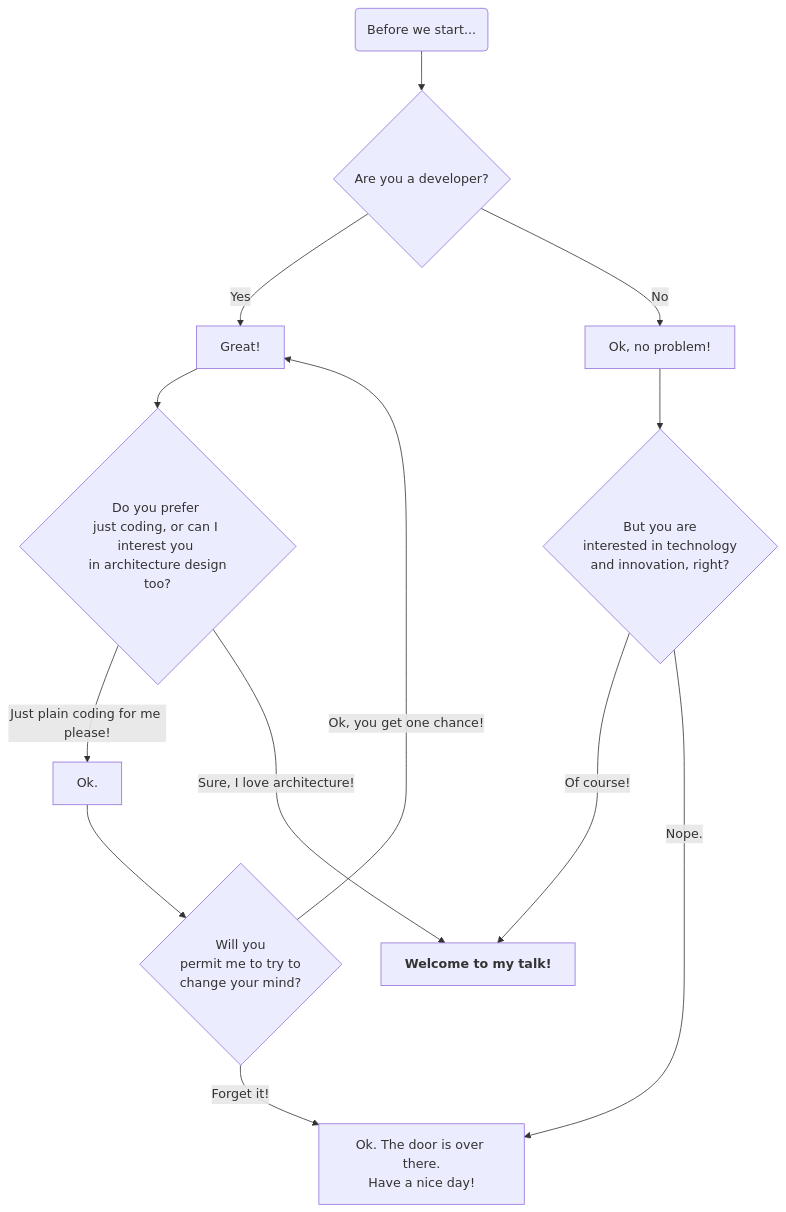
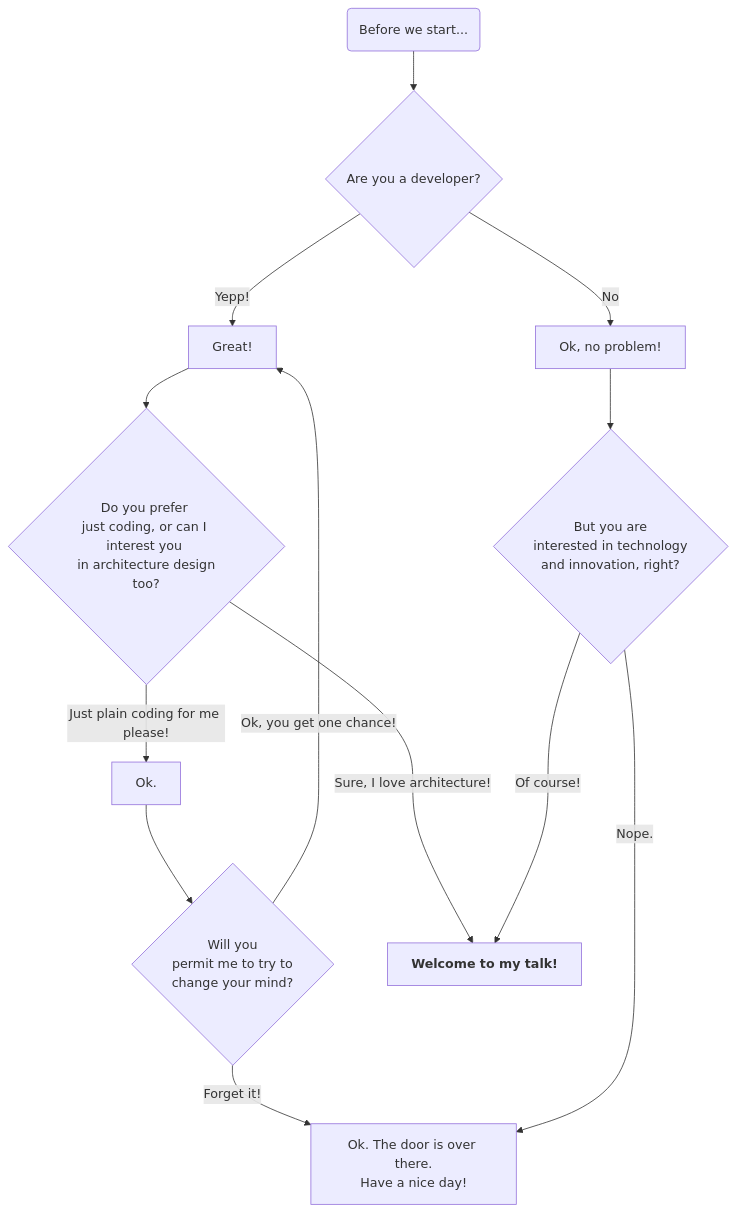
One commit to Kjartanl/mermaid changed the diagram in diagrams/01-flow.md. Above: the diagram before and after it, drawn with Mermaid. The commit also changed 10 other files, not shown here.

`````diff
--- a/diagrams/01-flow.md
+++ b/diagrams/01-flow.md
@@ -4,23 +4,25 @@
 ````mermaid 
 flowchart TD
 
-    Start(Before we start...) --> IsDev{Are you a developer?}
-    IsDev -->|Yes| Great[Great!]
+    Beginning(Before we start...) --> IsDev{Are you a developer?}
 
-    Great --> IsArch{Do you prefer <br>just coding, or can I interest you <br> in architecture design too?}
+    IsDev -->|Yepp!| Great[Great!]
 
     IsDev --> |No| IsDevFalse[Ok, no problem!]
 
-    IsArch --> |Just plain coding for me please!| IsArchFalse[Ok.]
-    IsArch --> |Sure, I love architecture!| Welcome
+    Great --> LikesArchitecture{Do you prefer <br>just coding, or can I interest you <br> in architecture design too?}
+
+    LikesArchitecture --> |Just plain coding for me please!| IsArchFalse[Ok.]
 
     IsArchFalse --> CanChange{Will you<br />permit me to try to<br />change your mind?}
     CanChange --> |Ok, you get one chance!| Great
 
     IsDevFalse --> IsInterested{But you are <br>interested in technology<br>and innovation, right?}
 
+    LikesArchitecture --> |Sure, I love architecture!| Welcome
+    IsInterested ---> |Of course!| Welcome["`**Welcome to my talk!**`"]
+
     CanChange --> |Forget it!| Goodbye
-    IsInterested ---> |Of course!| Welcome["`**Welcome to my talk!**`"]
     IsInterested --> |Nope.| Goodbye[Ok. The door is over there.<br />Have a nice day!]
 
 ```` 
`````
